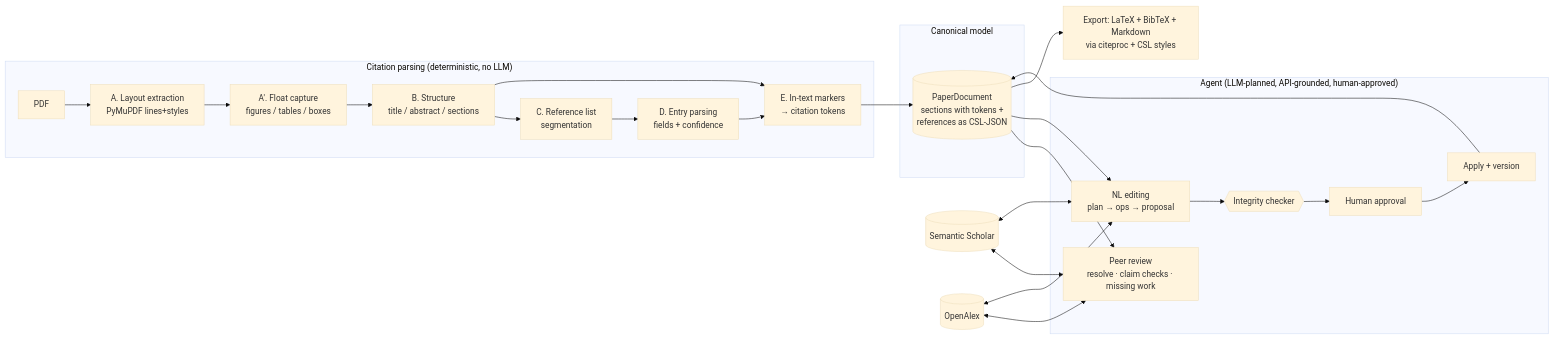
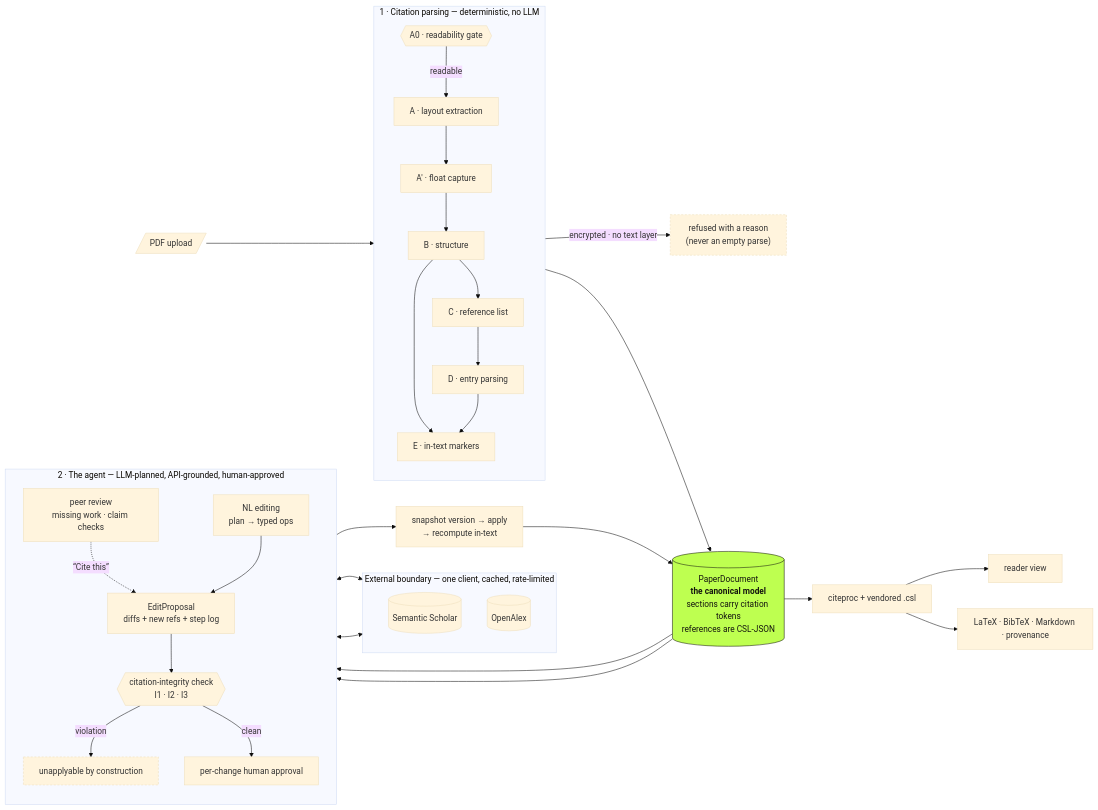
Before and after one commit to rakshit9/answerthis.io: the first of 8 diagrams in docs/system-design.md, drawn with Mermaid (base theme). The commit also changed other lines of this file and 1 other file, not shown here.

````diff
--- a/docs/system-design.md
+++ b/docs/system-design.md
@@ -7,28 +7,50 @@
 ```mermaid
 flowchart LR
-    subgraph Parsing["Citation parsing (deterministic, no LLM)"]
-        PDF[PDF] --> A[A. Layout extraction<br/>PyMuPDF lines+styles]
-        A --> AF[A′. Float capture<br/>figures / tables / boxes]
-        AF --> B[B. Structure<br/>title / abstract / sections]
-        B --> C[C. Reference list<br/>segmentation]
-        C --> D[D. Entry parsing<br/>fields + confidence]
-        B --> E[E. In-text markers<br/>→ citation tokens]
+    PDF[/"PDF upload"/] --> GATE{{"A0 · readability gate"}}
+    GATE -->|"encrypted · no text layer"| REJECT["refused with a reason<br/>(never an empty parse)"]
+
+    subgraph Parsing["1 · Citation parsing — deterministic, no LLM"]
+        direction TB
+        GATE -->|readable| A["A · layout extraction"]
+        A --> AF["A′ · float capture"]
+        AF --> B["B · structure"]
+        B --> C["C · reference list"]
+        C --> D["D · entry parsing"]
+        B --> E["E · in-text markers"]
         D --> E
     end
-    subgraph Canon["Canonical model"]
-        DOC[(PaperDocument<br/>sections with tokens +<br/>references as CSL-JSON)]
+
+    E --> DOC[("PaperDocument<br/><b>the canonical model</b><br/>sections carry citation tokens<br/>references are CSL-JSON")]
+
+    subgraph Agent["2 · The agent — LLM-planned, API-grounded, human-approved"]
+        direction TB
+        REV["peer review<br/>missing work · claim checks"]
+        EDIT["NL editing<br/>plan → typed ops"]
+        PROP["EditProposal<br/>diffs + new refs + step log"]
+        INT{{"citation-integrity check<br/>I1 · I2 · I3"}}
+        OK["per-change human approval"]
+        REV -.->|"“Cite this”"| PROP
+        EDIT --> PROP --> INT
+        INT -->|violation| BLOCKED["unapplyable by construction"]
+        INT -->|clean| OK
     end
-    E --> DOC
-    subgraph Agent["Agent (LLM-planned, API-grounded, human-approved)"]
-        DOC --> REV[Peer review<br/>resolve · claim checks · missing work]
-        DOC --> EDIT[NL editing<br/>plan → ops → proposal]
-        EDIT --> INT{{Integrity checker}}
-        INT --> APPROVE[Human approval] --> APPLY[Apply + version]
-        APPLY --> DOC
+
+    DOC --> REV
+    DOC --> EDIT
+    OK --> APPLY["snapshot version → apply<br/>→ recompute in-text"] --> DOC
+
+    subgraph Ext["External boundary — one client, cached, rate-limited"]
+        S2[("Semantic Scholar")]
+        OA[("OpenAlex")]
     end
-    S2[(Semantic Scholar)] <--> REV
-    OA[(OpenAlex)] <--> REV
-    S2 <--> EDIT
-    OA <--> EDIT
-    DOC --> EXP[Export: LaTeX + BibTeX + Markdown<br/>via citeproc + CSL styles]
+    REV <--> Ext
+    EDIT <--> Ext
+
+    DOC --> RENDER["citeproc + vendored .csl"]
+    RENDER --> READER["reader view"]
+    RENDER --> EXPORT["LaTeX · BibTeX · Markdown · provenance"]
+
+    style DOC fill:#beff50,stroke:#14140f,color:#14140f
+    style REJECT stroke-dasharray: 4 3
+    style BLOCKED stroke-dasharray: 4 3
 ```
````
